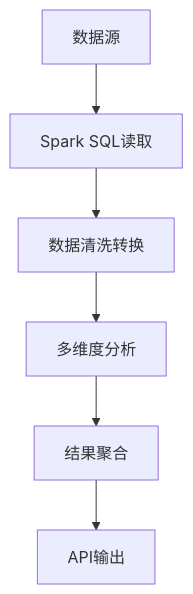
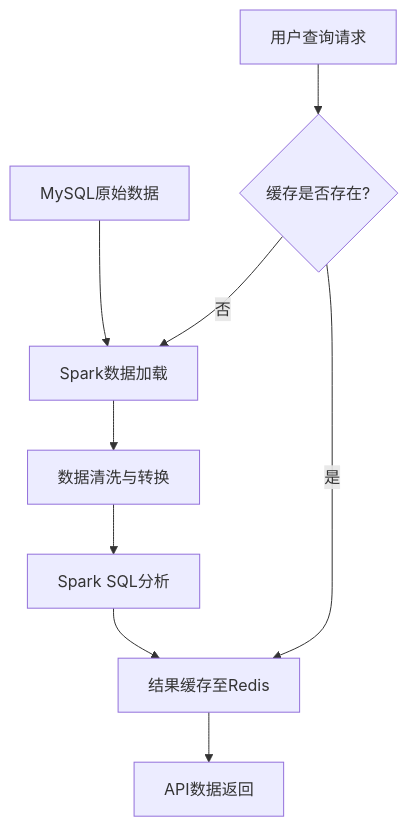
The third of 3 diagrams in JDK8SERVE/README.md (DavidHLP/BossAnalyze), drawn with Mermaid before and after one commit. The commit also changed other lines of this file and 59 other files, not shown here.

````diff
--- a/JDK8SERVE/README.md
+++ b/JDK8SERVE/README.md
@@ -109,8 +126,12 @@
 ```mermaid
-graph TD
-    A[数据源] --> B[Spark SQL读取]
-    B --> C[数据清洗转换]
-    C --> D[多维度分析]
-    D --> E[结果聚合]
-    E --> F[API输出]
+flowchart TD
+    A[MySQL原始数据] --> B[Spark数据加载]
+    B --> C[数据清洗与转换]
+    C --> D[Spark SQL分析]
+    D --> E[结果缓存至Redis]
+    E --> F[API数据返回]
+
+    G[用户查询请求] --> H{缓存是否存在?}
+    H -- 是 --> E
+    H -- 否 --> B
 ```
````
